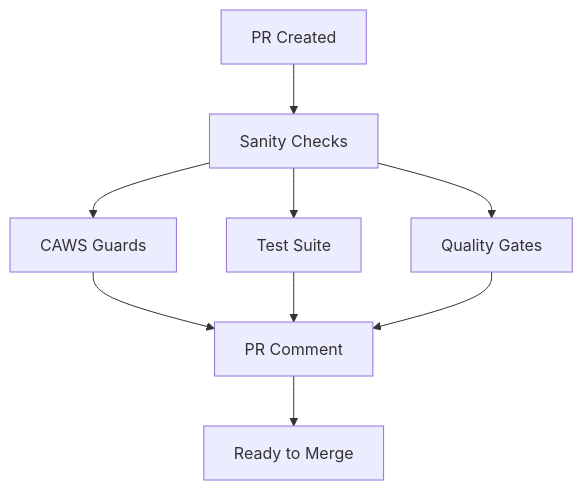
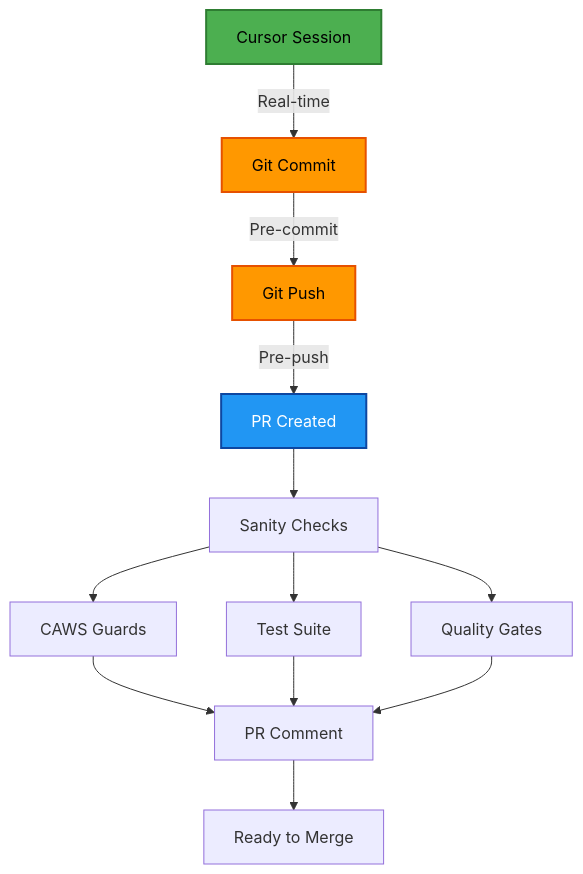
The diagram in docs/HOOK_STRATEGY.md (Paths-Design/coding-agent-working-standard), drawn with Mermaid before and after one commit. The commit also changed other lines of this file and 14 other files, not shown here.

First line of the commit message:
feat: Add Cursor hooks integration for real-time quality gates

````diff
--- a/docs/HOOK_STRATEGY.md
+++ b/docs/HOOK_STRATEGY.md
@@ -154,11 +183,19 @@
 ```mermaid
 graph TD
-    A[PR Created] --> B[Sanity Checks]
-    B --> C[CAWS Guards]
-    B --> D[Test Suite]
-    B --> E[Quality Gates]
-    C --> F[PR Comment]
-    D --> F
-    E --> F
-    F --> G[Ready to Merge]
+    A[Cursor Session] -->|Real-time| B[Git Commit]
+    B -->|Pre-commit| C[Git Push]
+    C -->|Pre-push| D[PR Created]
+    D --> E[Sanity Checks]
+    E --> F[CAWS Guards]
+    E --> G[Test Suite]
+    E --> H[Quality Gates]
+    F --> I[PR Comment]
+    G --> I
+    H --> I
+    I --> J[Ready to Merge]
+    
+    style A fill:#4CAF50,stroke:#2E7D32,stroke-width:2px,color:#000
+    style B fill:#FF9800,stroke:#E65100,stroke-width:2px,color:#000
+    style C fill:#FF9800,stroke:#E65100,stroke-width:2px,color:#000
+    style D fill:#2196F3,stroke:#0D47A1,stroke-width:2px,color:#fff
 ```
````
